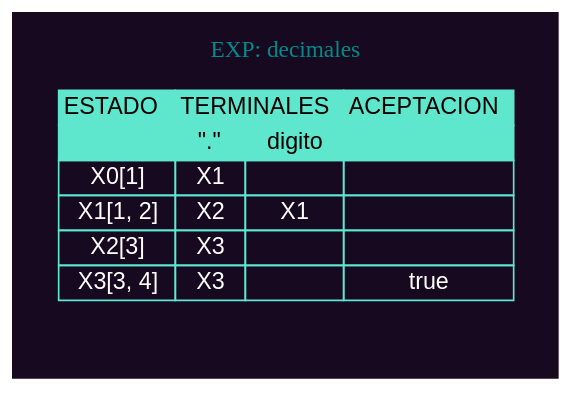
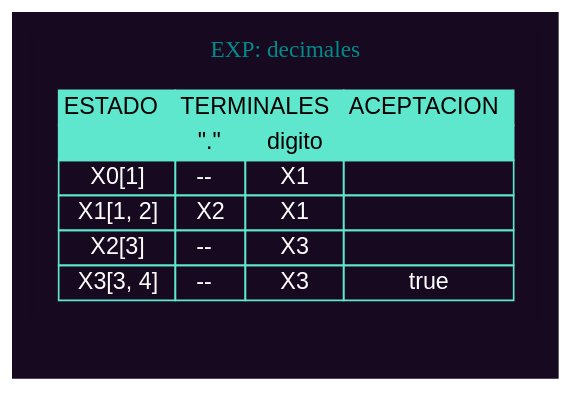
The diagram in ExRegan1/REPORTES/TRANSICIONES_202100953/Tabla_transiciones_decimales.dot (Damaris-Muralles/OLC_ExRegan), drawn with Graphviz before and after one commit. The commit also changed 44 other files, not shown here.

```diff
--- a/ExRegan1/REPORTES/TRANSICIONES_202100953/Tabla_transiciones_decimales.dot
+++ b/ExRegan1/REPORTES/TRANSICIONES_202100953/Tabla_transiciones_decimales.dot
@@ -1,47 +1,47 @@
 digraph G {
 
     fontcolor="cyan4"
     bgcolor="#170920"
     node [fontname="Helvetica,Arial,sans-serif", shape=none, ordering="in"]
     label=" "
 
     subgraph cluster01{
         color="#170920"
         label="EXP: decimales"
         n0 [label = <
                 <table border="0" cellspacing="0" cellborder="1" color="#5ee7cd">
                     <tr>
                     <td  align="center" bgcolor="#5ee7cd"><font color="black"> ESTADO </font></td>
                     <td  colspan="2" align="center" bgcolor="#5ee7cd"><font color="black"> TERMINALES </font></td>
                     <td  align="center" bgcolor="#5ee7cd"><font color="black"> ACEPTACION </font></td>
                     </tr>
                     <tr>
                     <td  align="center" bgcolor="#5ee7cd"><font color="black">  </font></td>
                     <td  align="center" bgcolor="#5ee7cd"><font color="black">"."</font></td>
                     <td  align="center" bgcolor="#5ee7cd"><font color="black">digito</font></td>
                     <td  align="center" bgcolor="#5ee7cd"><font color="black">  </font></td>
                     </tr>
 <tr>
                     <td><font color="white" align="center">X0[1]</font></td>
+                    <td align="center"><font color="white"> -- </font></td>
                     <td align="center"><font color="white">X1</font></td>
-                    <td align="center"><font color="white"> </font></td>
                     <td ><font color="white" align="center"> </font></td>
                     </tr><tr>
                     <td><font color="white" align="center">X1[1, 2]</font></td>
                     <td align="center"><font color="white">X2</font></td>
                     <td align="center"><font color="white">X1</font></td>
                     <td ><font color="white" align="center"> </font></td>
                     </tr><tr>
                     <td><font color="white" align="center">X2[3]</font></td>
+                    <td align="center"><font color="white"> -- </font></td>
                     <td align="center"><font color="white">X3</font></td>
-                    <td align="center"><font color="white"> </font></td>
                     <td ><font color="white" align="center"> </font></td>
                     </tr><tr>
                     <td><font color="white" align="center">X3[3, 4]</font></td>
+                    <td align="center"><font color="white"> -- </font></td>
                     <td align="center"><font color="white">X3</font></td>
-                    <td align="center"><font color="white"> </font></td>
                     <td ><font color="white" align="center">true</font></td>
                     </tr>                </table>
         > ] ; 
     }
 }
```
